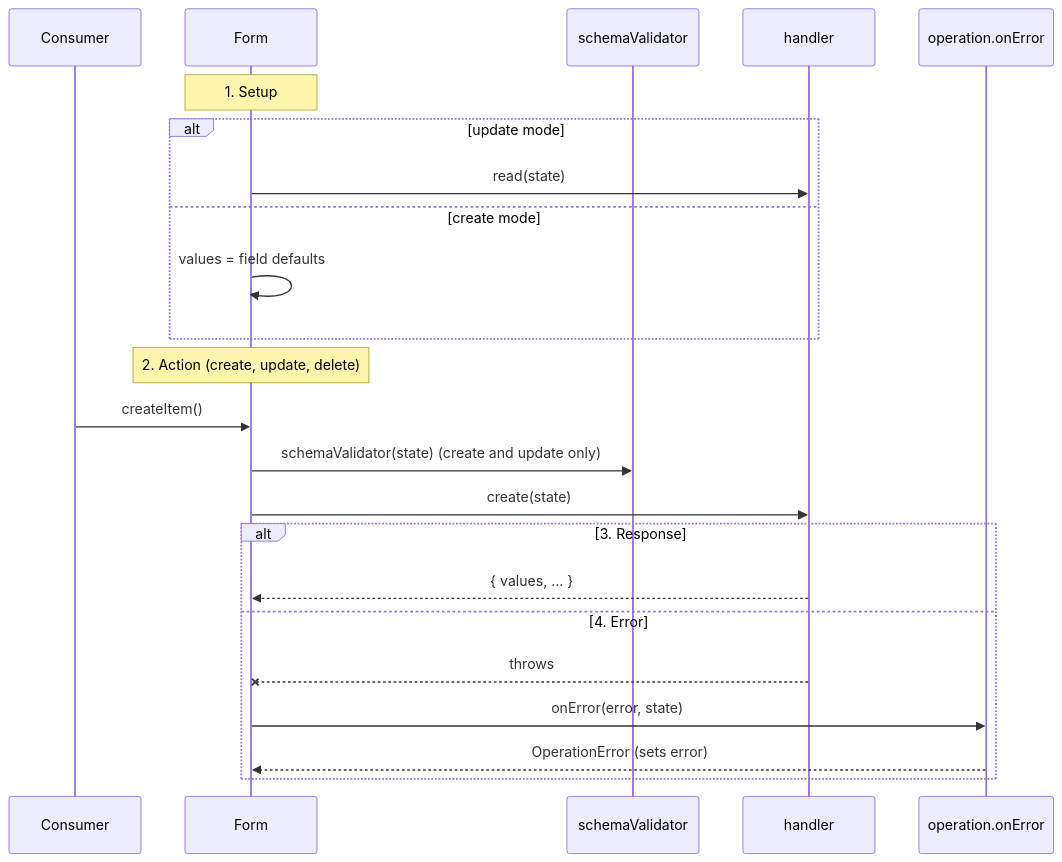
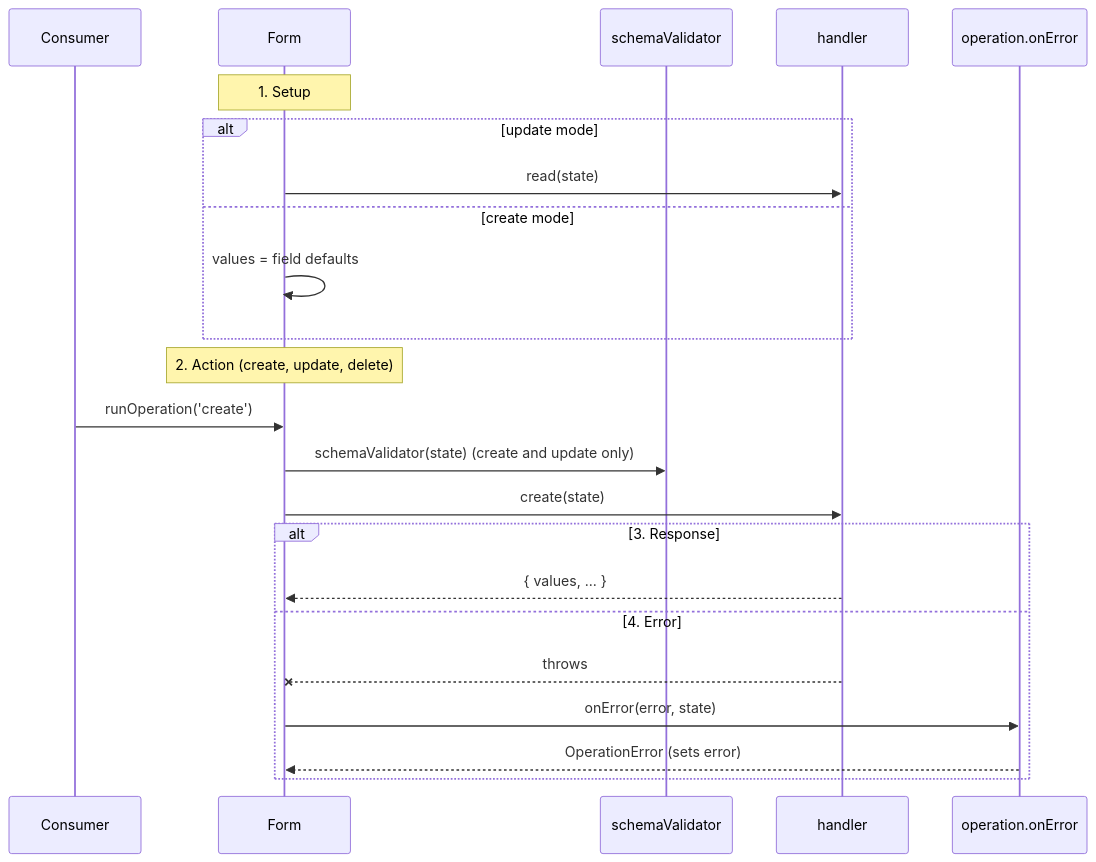
Before and after one commit to shilpdev/form: the diagram in LIFECYCLE.md, drawn with Mermaid. The commit also changed other lines of this file and 55 other files, not shown here.

````diff
--- a/LIFECYCLE.md
+++ b/LIFECYCLE.md
@@ -7,26 +7,26 @@
 ```mermaid
 sequenceDiagram
   participant App as Consumer
   participant Form
   participant V as schemaValidator
   participant H as handler
   participant OE as operation.onError
 
   Note over Form: 1. Setup
   alt update mode
     Form->>H: read(state)
   else create mode
     Form->>Form: values = field defaults
   end
   Note over Form: 2. Action (create, update, delete)
-  App->>Form: createItem()
+  App->>Form: runOperation('create')
   Form->>V: schemaValidator(state) (create and update only)
   Form->>H: create(state)
   alt 3. Response
     H-->>Form: { values, ... }
   else 4. Error
     H--xForm: throws
     Form->>OE: onError(error, state)
     OE-->>Form: OperationError (sets error)
   end
 ```
````
